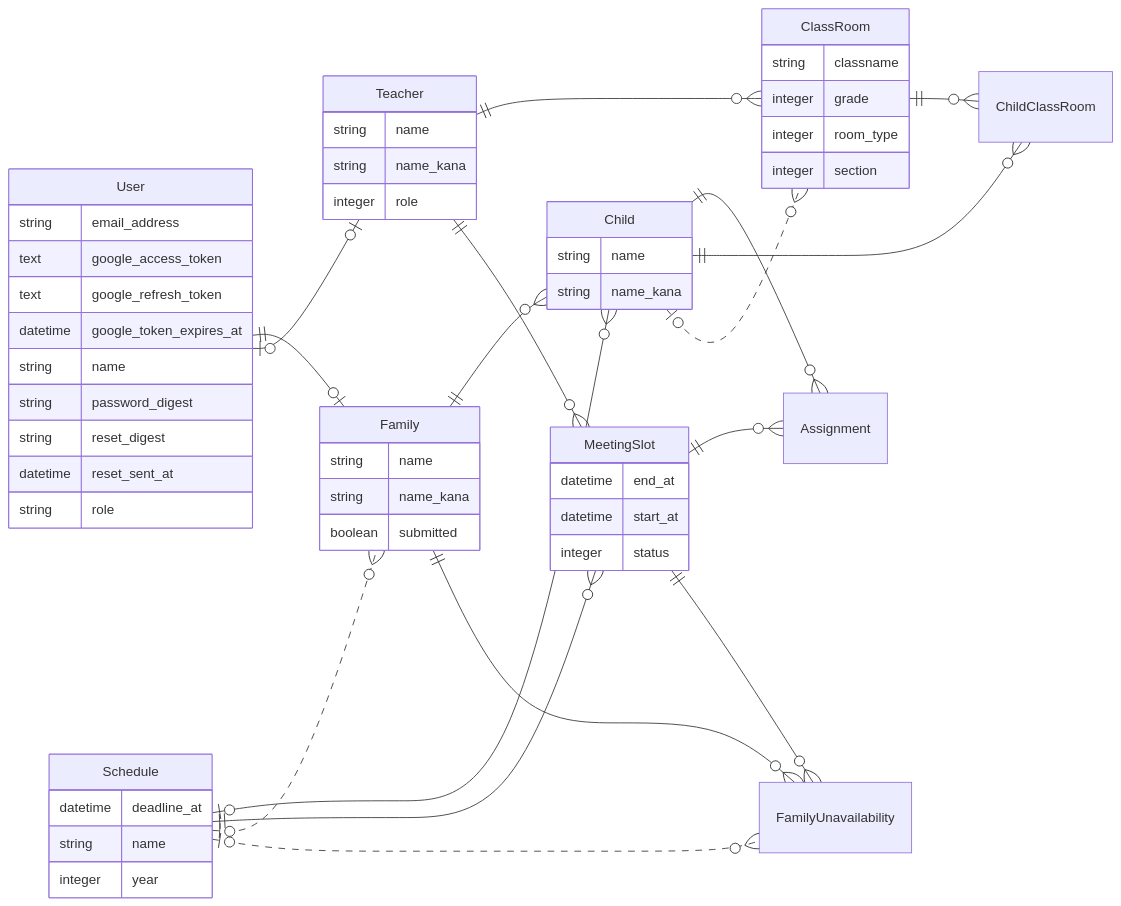
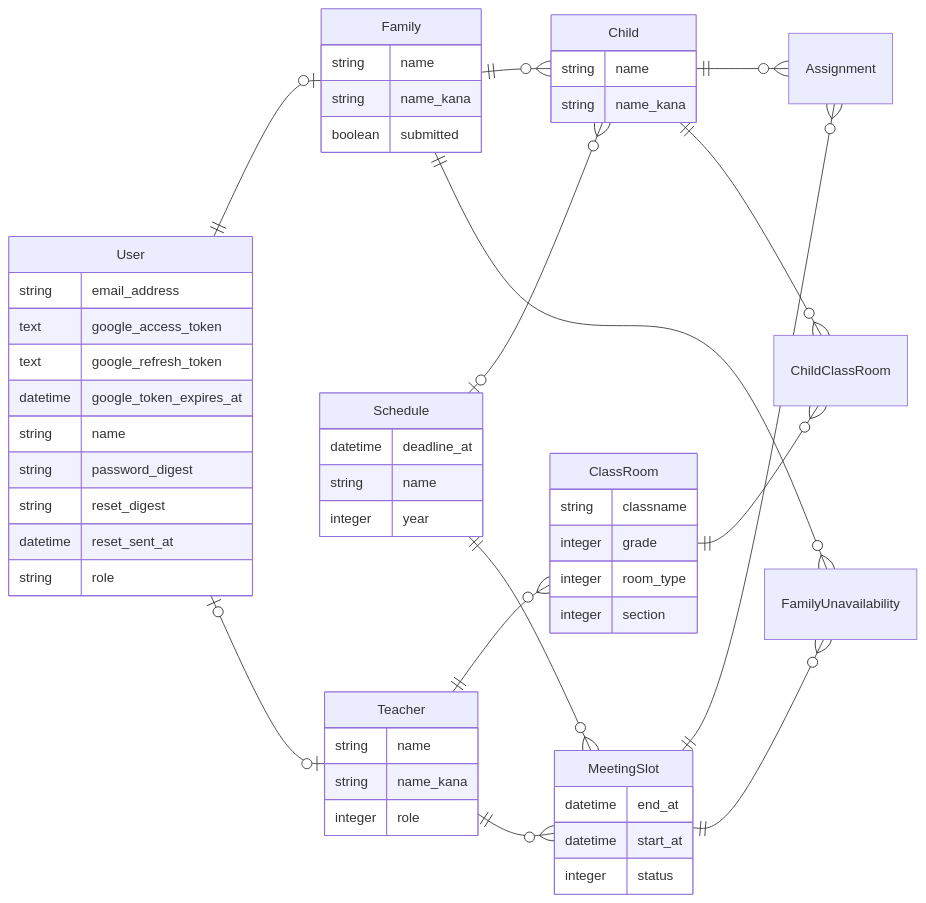
One commit to yasuhiro-dev/tsunagu changed the diagram in README.md. Above: the diagram before and after it, drawn with Mermaid.

Commit message:
READMEのER図を改善: 関係ラベルの追加、属性の明示、重複関連の削除

````diff
--- a/README.md
+++ b/README.md
@@ -150,67 +150,64 @@
 ```mermaid
 erDiagram
 direction LR
 Assignment {
 }
 Child {
 string name
 string name_kana
 }
 ChildClassRoom {
 }
 ClassRoom {
 string classname
 integer grade
 integer room_type
 integer section
 }
 Family {
 string name
 string name_kana
 boolean submitted
 }
 FamilyUnavailability {
 }
 MeetingSlot {
 datetime end_at
 datetime start_at
 integer status
 }
 Schedule {
 datetime deadline_at
 string name
 integer year
 }
 Teacher {
 string name
 string name_kana
 integer role
 }
 User {
 string email_address
 text google_access_token
 text google_refresh_token
 datetime google_token_expires_at
 string name
 string password_digest
 string reset_digest
 datetime reset_sent_at
 string role
 }
 Child ||--}o Assignment : ""
 MeetingSlot ||--}o Assignment : ""
 Family ||--}o Child : ""
 Schedule o|--}o Child : ""
 Child ||--}o ChildClassRoom : ""
-Child o|..}o ClassRoom : ""
 ClassRoom ||--}o ChildClassRoom : ""
 Teacher ||--}o ClassRoom : ""
 Family ||--}o FamilyUnavailability : ""
 User ||--|o Family : ""
 MeetingSlot ||--}o FamilyUnavailability : ""
 Teacher ||--}o MeetingSlot : ""
 Schedule ||--}o MeetingSlot : ""
-Schedule o|..}o Family : ""
-Schedule o|..}o FamilyUnavailability : ""
 User o|--|o Teacher : ""
 ```
````
